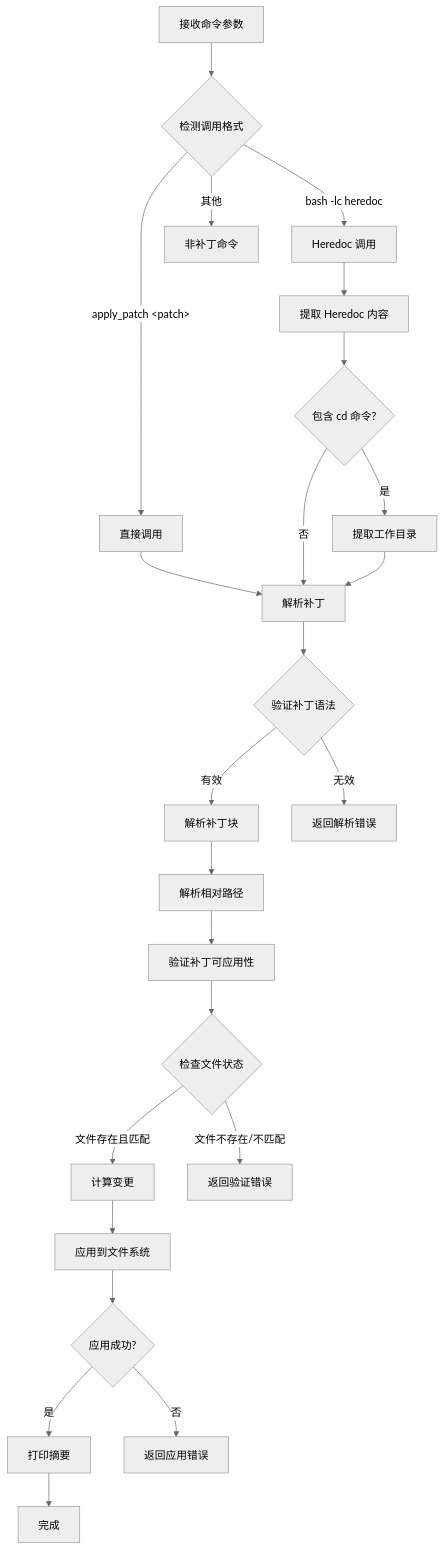
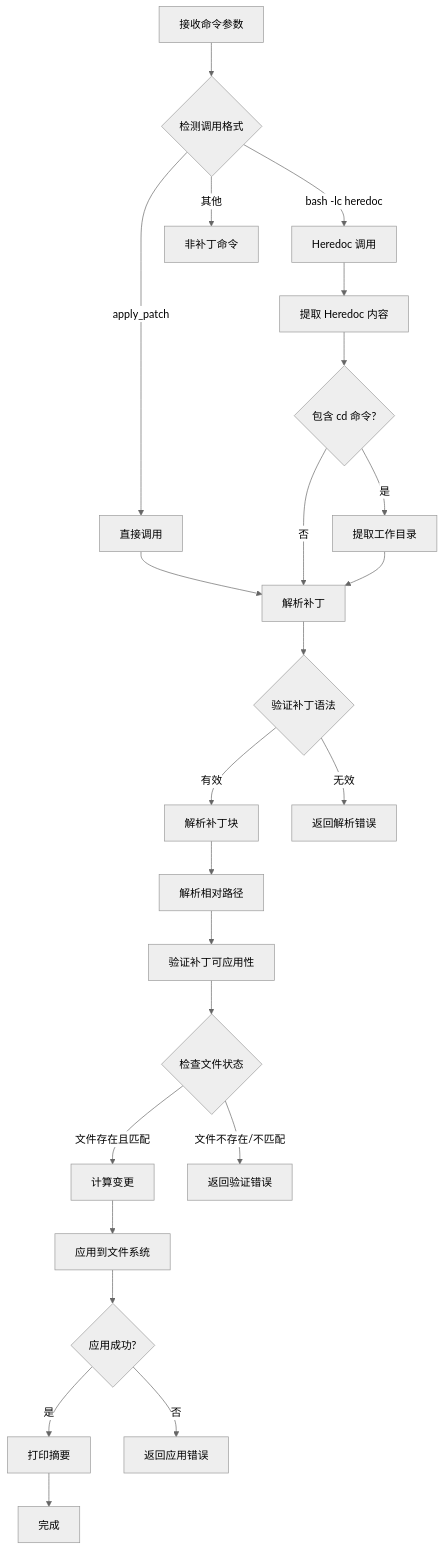
Before and after one commit to div002123/gode: the first of 9 diagrams in docs/apply-patch-流程图.md, drawn with Mermaid (neutral theme). The commit also changed other lines of this file, not shown here.

First line of the commit message:
修复 apply-patch 流程图中的 mermaid 语法错误

````diff
--- a/docs/apply-patch-流程图.md
+++ b/docs/apply-patch-流程图.md
@@ -9,36 +9,36 @@
 ```mermaid
 flowchart TD
     Start[接收命令参数] --> DetectFormat{检测调用格式}
 
-    DetectFormat -->|apply_patch &lt;patch&gt;| DirectInvocation[直接调用]
+    DetectFormat -->|"apply_patch <patch>"| DirectInvocation[直接调用]
     DetectFormat -->|bash -lc heredoc| HeredocInvocation[Heredoc 调用]
     DetectFormat -->|其他| NotApplyPatch[非补丁命令]
 
     DirectInvocation --> ParsePatch[解析补丁]
     HeredocInvocation --> ExtractHeredoc[提取 Heredoc 内容]
     ExtractHeredoc --> CheckCdCommand{包含 cd 命令?}
 
     CheckCdCommand -->|是| ExtractWorkdir[提取工作目录]
     CheckCdCommand -->|否| ParsePatch
 
     ExtractWorkdir --> ParsePatch
 
     ParsePatch --> ValidateSyntax{验证补丁语法}
     ValidateSyntax -->|有效| ParseHunks[解析补丁块]
     ValidateSyntax -->|无效| ReturnParseError[返回解析错误]
 
     ParseHunks --> ResolveRelativePaths[解析相对路径]
     ResolveRelativePaths --> VerifyPatches[验证补丁可应用性]
 
     VerifyPatches --> CheckFiles{检查文件状态}
     CheckFiles -->|文件存在且匹配| ComputeChanges[计算变更]
     CheckFiles -->|文件不存在/不匹配| ReturnVerifyError[返回验证错误]
 
     ComputeChanges --> ApplyToFileSystem[应用到文件系统]
     ApplyToFileSystem --> CheckSuccess{应用成功?}
 
     CheckSuccess -->|是| PrintSummary[打印摘要]
     CheckSuccess -->|否| ReturnApplyError[返回应用错误]
 
     PrintSummary --> End[完成]
 ```
````
